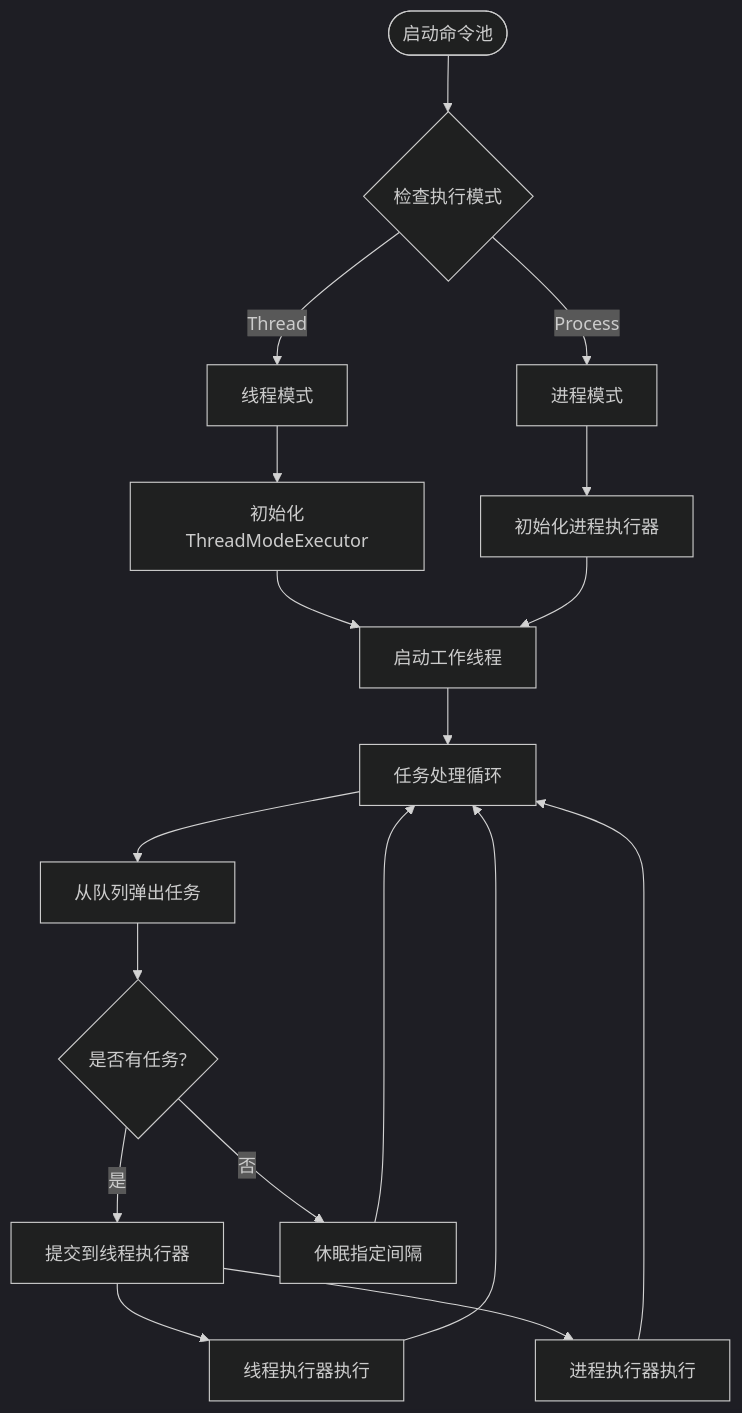
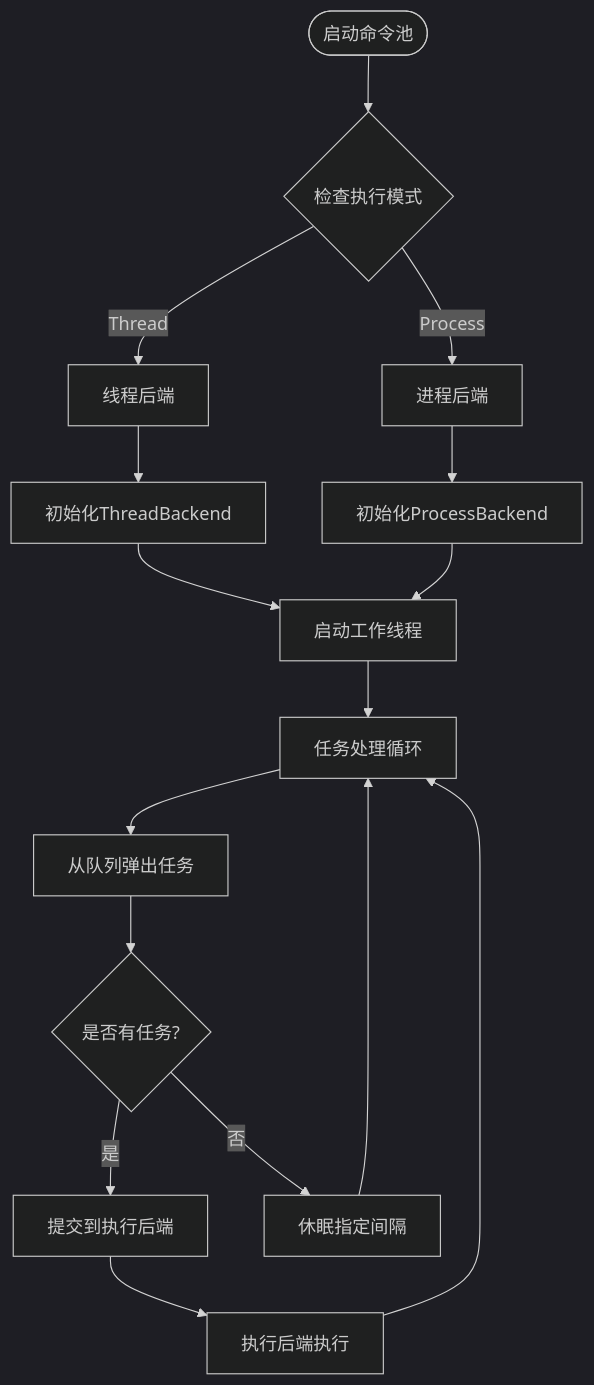
The sixth of 9 diagrams in .qoder/repowiki/zh/content/执行器系统/执行器系统.md (xcry2006/execute), drawn with Mermaid (dark theme) before and after one commit. The commit also changed other lines of this file and 9 other files, not shown here.

````diff
--- a/.qoder/repowiki/zh/content/执行器系统/执行器系统.md
+++ b/.qoder/repowiki/zh/content/执行器系统/执行器系统.md
@@ -273,20 +269,18 @@
 ```mermaid
 flowchart TD
 Start([启动命令池]) --> ModeCheck{"检查执行模式"}
-ModeCheck --> |Thread| ThreadMode["线程模式"]
-ModeCheck --> |Process| ProcessMode["进程模式"]
-ThreadMode --> InitThreadExec["初始化ThreadModeExecutor"]
-ProcessMode --> InitProcessExec["初始化进程执行器"]
-InitThreadExec --> StartWorkerThreads["启动工作线程"]
-InitProcessExec --> StartWorkerThreads
+ModeCheck --> |Thread| ThreadMode["线程后端"]
+ModeCheck --> |Process| ProcessMode["进程后端"]
+ThreadMode --> InitThreadBackend["初始化ThreadBackend"]
+ProcessMode --> InitProcessBackend["初始化ProcessBackend"]
+InitThreadBackend --> StartWorkerThreads["启动工作线程"]
+InitProcessBackend --> StartWorkerThreads
 StartWorkerThreads --> TaskLoop["任务处理循环"]
 TaskLoop --> PopTask["从队列弹出任务"]
 PopTask --> HasTask{"是否有任务?"}
-HasTask --> |是| SubmitToThread["提交到线程执行器"]
+HasTask --> |是| SubmitToBackend["提交到执行后端"]
 HasTask --> |否| Sleep["休眠指定间隔"]
 Sleep --> TaskLoop
-SubmitToThread --> ThreadExecute["线程执行器执行"]
-ThreadExecute --> TaskLoop
-SubmitToThread --> ProcessExecute["进程执行器执行"]
-ProcessExecute --> TaskLoop
+SubmitToBackend --> BackendExecute["执行后端执行"]
+BackendExecute --> TaskLoop
 ```
````
